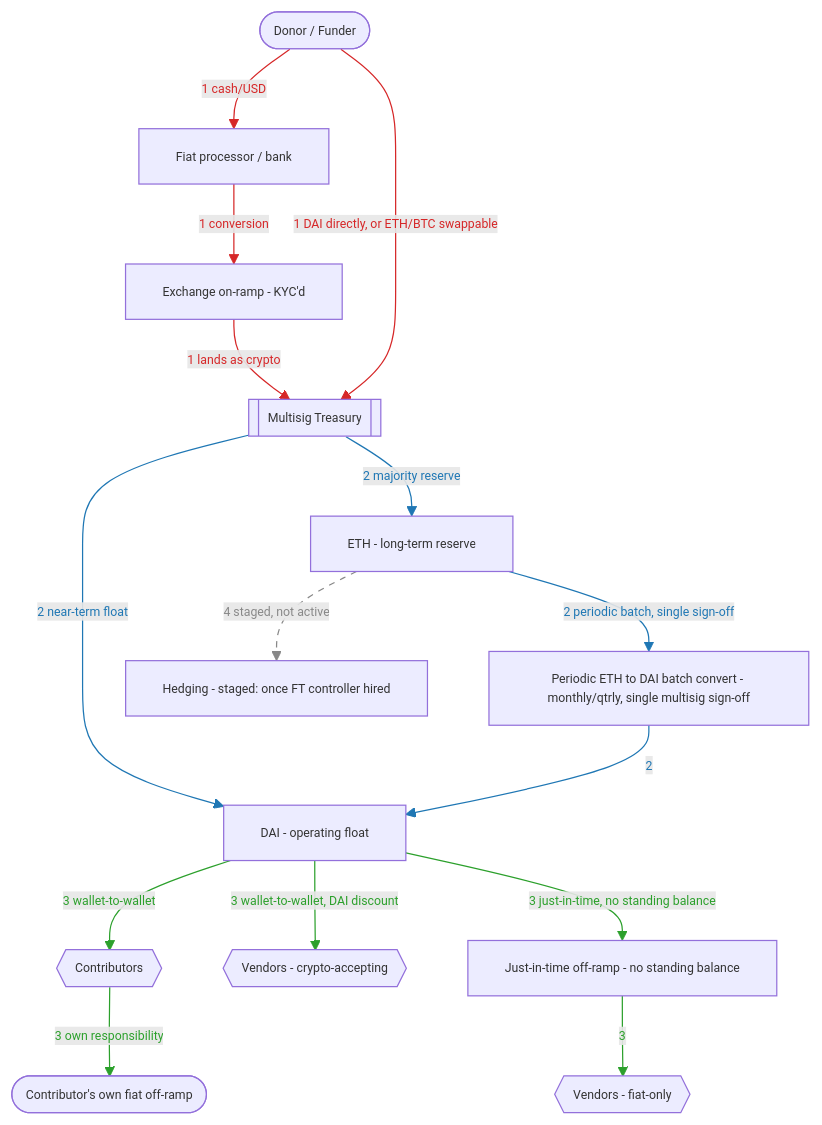
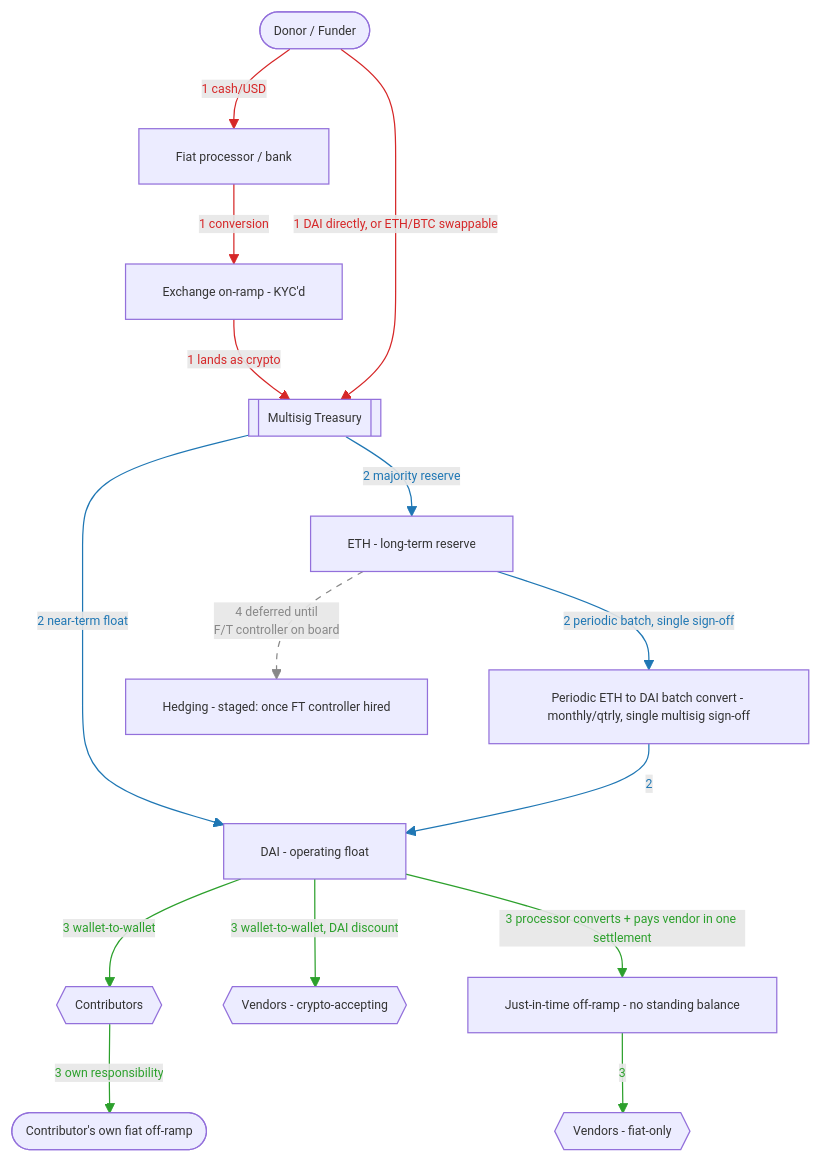
The third of 4 diagrams in governance/commons-hub-pattern.md (doikayt/admin), drawn with Mermaid before and after one commit.

Commit message:
docs: fix diagram label redundancy, add line break to deferred-hedge label
Vendor-fiat edge label now explains the mechanism (processor
converts + pays in one settlement) instead of repeating the node's
own "no standing balance" wording. Hedge edge label reworded to
"deferred until F/T controller on board" with a proper <br/> line
break (Mermaid doesn't render a literal \n).

````diff
--- a/governance/commons-hub-pattern.md
+++ b/governance/commons-hub-pattern.md
@@ -880,40 +880,40 @@
 ```mermaid
 %%{init: {"themeVariables": {"fontSize": "10px"}}}%%
 flowchart TD
     Donor([Donor / Funder])
     FiatRail[Fiat processor / bank]
     OnRamp[Exchange on-ramp - KYC'd]
     Treasury[[Multisig Treasury]]
     BatchConvert[Periodic ETH to DAI batch convert - monthly/qtrly, single multisig sign-off]
     DAIFloat[DAI - operating float]
     ETHReserve[ETH - long-term reserve]
     Contributors{{Contributors}}
     ContribOfframp([Contributor's own fiat off-ramp])
     VendorsCrypto{{Vendors - crypto-accepting}}
     OffRampJIT[Just-in-time off-ramp - no standing balance]
     VendorsFiat{{Vendors - fiat-only}}
     Hedge[Hedging - staged: once FT controller hired]
 
     Donor -- "1 cash/USD" --> FiatRail
     FiatRail -- "1 conversion" --> OnRamp
     OnRamp -- "1 lands as crypto" --> Treasury
     Donor -- "1 DAI directly, or ETH/BTC swappable" --> Treasury
 
     Treasury -- "2 near-term float" --> DAIFloat
     Treasury -- "2 majority reserve" --> ETHReserve
     ETHReserve -- "2 periodic batch, single sign-off" --> BatchConvert
     BatchConvert -- "2" --> DAIFloat
 
     DAIFloat -- "3 wallet-to-wallet" --> Contributors
     Contributors -- "3 own responsibility" --> ContribOfframp
     DAIFloat -- "3 wallet-to-wallet, DAI discount" --> VendorsCrypto
-    DAIFloat -- "3 just-in-time, no standing balance" --> OffRampJIT
+    DAIFloat -- "3 processor converts + pays vendor in one settlement" --> OffRampJIT
     OffRampJIT -- "3" --> VendorsFiat
 
-    ETHReserve -.->|"4 staged, not active"| Hedge
+    ETHReserve -.->|"4 deferred until<br/>F/T controller on board"| Hedge
 
     linkStyle 0,1,2,3 stroke:#d62728,color:#d62728
     linkStyle 4,5,6,7 stroke:#1f77b4,color:#1f77b4
     linkStyle 8,9,10,11,12 stroke:#2ca02c,color:#2ca02c
     linkStyle 13 stroke:#888888,color:#888888,stroke-dasharray: 5 5
 ```
````
